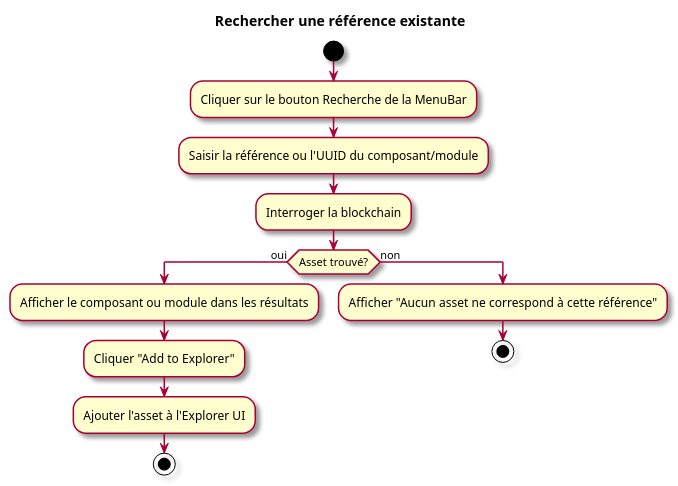
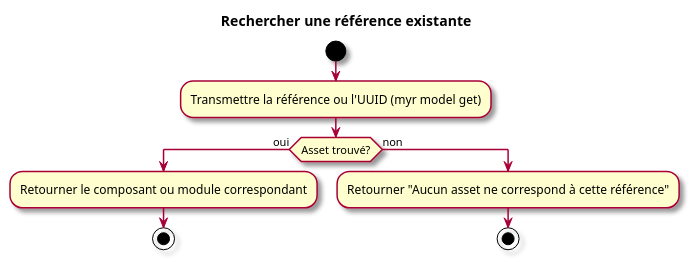
One commit to olivaux/myr changed the second of 2 diagrams in specs/1-Expression/UCREC-Recherche/UCREC01.md. Above: the diagram before and after it, drawn with PlantUML. The commit also changed other lines of this file and 65 other files, not shown here.

````diff
--- a/specs/1-Expression/UCREC-Recherche/UCREC01.md
+++ b/specs/1-Expression/UCREC-Recherche/UCREC01.md
@@ -60,19 +59,15 @@
 ```plantuml
 @startuml
 skin rose
 title Rechercher une référence existante
 start
-:Cliquer sur le bouton Recherche de la MenuBar;
-:Saisir la référence ou l'UUID du composant/module;
-:Interroger la blockchain;
+:Transmettre la référence ou l'UUID (myr model get);
 if (Asset trouvé?) then (oui)
-  :Afficher le composant ou module dans les résultats;
-  :Cliquer "Add to Explorer";
-  :Ajouter l'asset à l'Explorer UI;
+  :Retourner le composant ou module correspondant;
   stop
 else (non)
-  :Afficher "Aucun asset ne correspond à cette référence";
+  :Retourner "Aucun asset ne correspond à cette référence";
   stop
 endif
 @enduml
 ```
````
